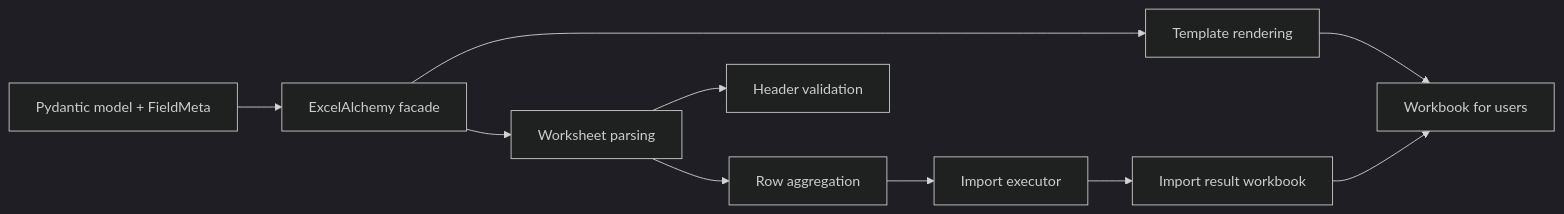
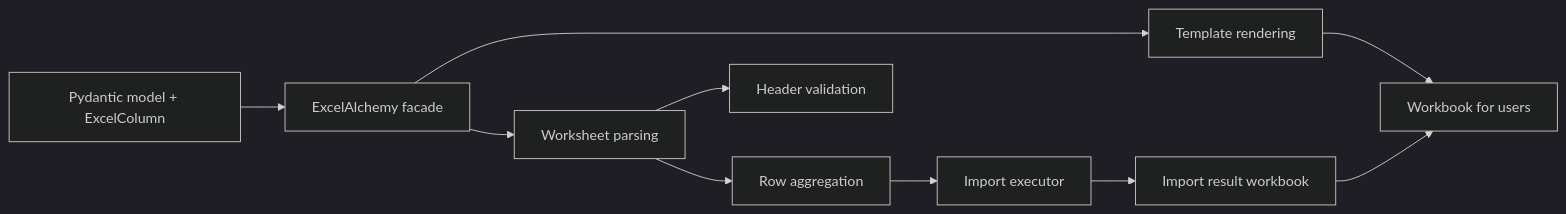
Before and after one commit to RayCarterLab/ExcelAlchemy: the second of 2 diagrams in README.md, drawn with Mermaid (dark theme). The commit also changed other lines of this file and 205 other files, not shown here.

Commit message:
feat: prepare ExcelAlchemy 3.0 API cleanup

````diff
--- a/README.md
+++ b/README.md
@@ -377,12 +383,12 @@
 ```mermaid
 flowchart LR
-    A[Pydantic model + FieldMeta] --> B[ExcelAlchemy facade]
+    A[Pydantic model + ExcelColumn] --> B[ExcelAlchemy facade]
     B --> C[Template rendering]
     B --> D[Worksheet parsing]
     D --> E[Header validation]
     D --> F[Row aggregation]
     F --> G[Import executor]
     G --> H[Import result workbook]
     C --> I[Workbook for users]
     H --> I
 ```
````
